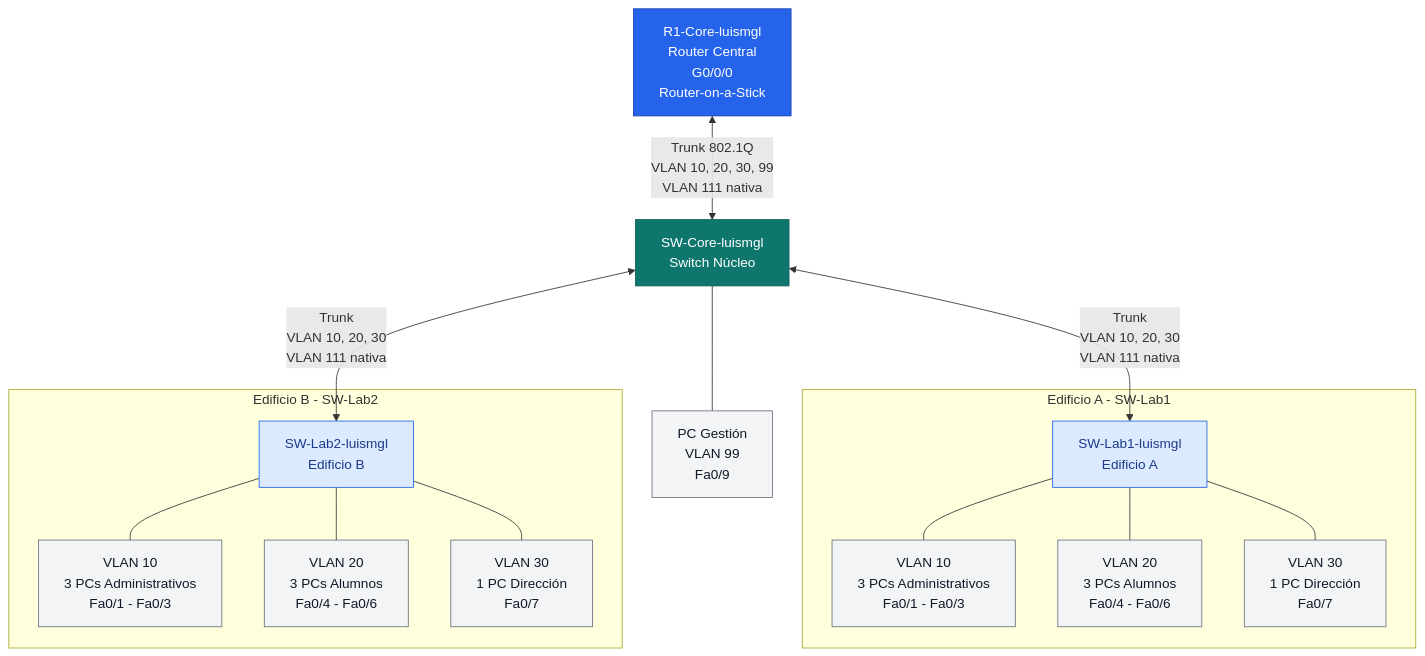
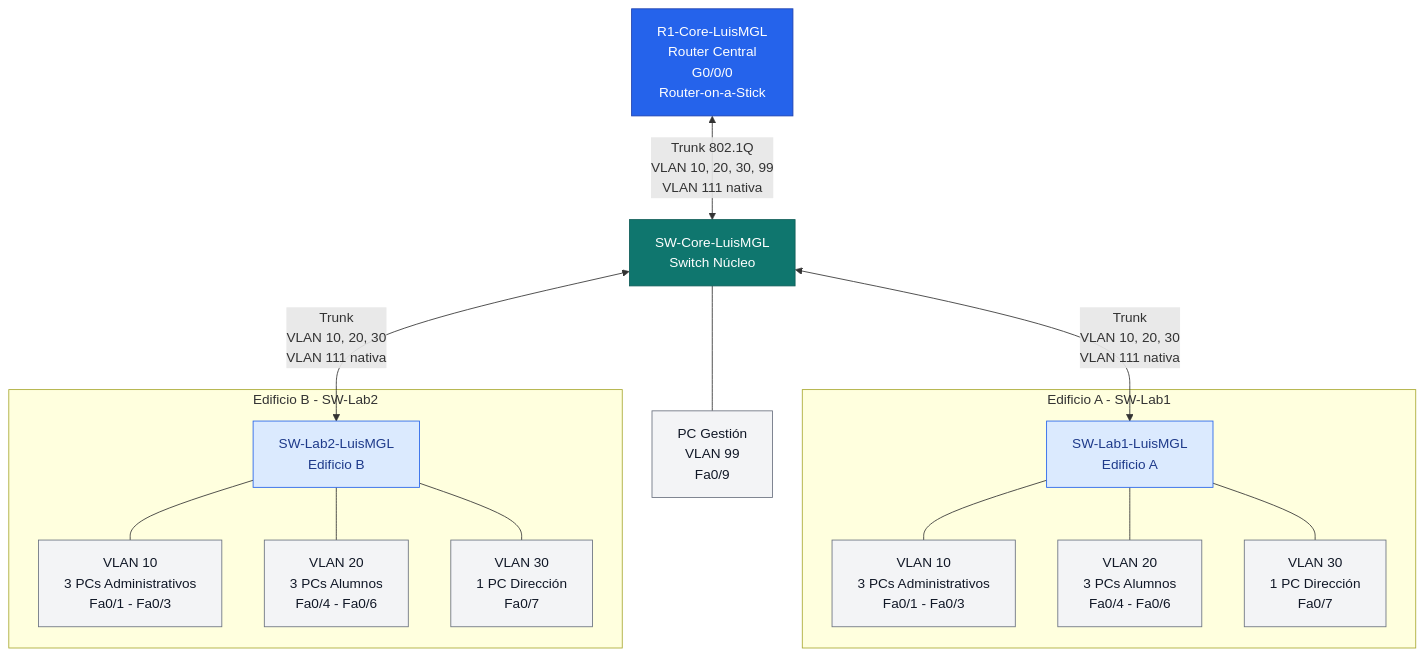
The diagram in readme.md (lgarcia2224-design/portafolio-ccna2), drawn with Mermaid before and after one commit. The commit also changed other lines of this file, not shown here.

````diff
--- a/readme.md
+++ b/readme.md
@@ -42,48 +42,48 @@
 ```mermaid
 flowchart TB
-    R1["R1-Core-luismgl<br/>Router Central<br/>G0/0/0<br/>Router-on-a-Stick"]
+    R1["R1-Core-LuisMGL<br/>Router Central<br/>G0/0/0<br/>Router-on-a-Stick"]
 
-    CORE["SW-Core-luismgl<br/>Switch Núcleo"]
+    CORE["SW-Core-LuisMGL<br/>Switch Núcleo"]
 
     PCG["PC Gestión<br/>VLAN 99<br/>Fa0/9"]
 
-    LAB1["SW-Lab1-luismgl<br/>Edificio A"]
-    LAB2["SW-Lab2-luismgl<br/>Edificio B"]
+    LAB1["SW-Lab1-LuisMGL<br/>Edificio A"]
+    LAB2["SW-Lab2-LuisMGL<br/>Edificio B"]
 
     R1 <-->|"Trunk 802.1Q<br/>VLAN 10, 20, 30, 99<br/>VLAN 111 nativa"| CORE
 
     CORE <-->|"Trunk<br/>VLAN 10, 20, 30<br/>VLAN 111 nativa"| LAB1
     CORE <-->|"Trunk<br/>VLAN 10, 20, 30<br/>VLAN 111 nativa"| LAB2
 
     CORE --- PCG
 
     subgraph A["Edificio A - SW-Lab1"]
         A10["VLAN 10<br/>3 PCs Administrativos<br/>Fa0/1 - Fa0/3"]
         A20["VLAN 20<br/>3 PCs Alumnos<br/>Fa0/4 - Fa0/6"]
         A30["VLAN 30<br/>1 PC Dirección<br/>Fa0/7"]
 
         LAB1 --- A10
         LAB1 --- A20
         LAB1 --- A30
     end
 
     subgraph B["Edificio B - SW-Lab2"]
         B10["VLAN 10<br/>3 PCs Administrativos<br/>Fa0/1 - Fa0/3"]
         B20["VLAN 20<br/>3 PCs Alumnos<br/>Fa0/4 - Fa0/6"]
         B30["VLAN 30<br/>1 PC Dirección<br/>Fa0/7"]
 
         LAB2 --- B10
         LAB2 --- B20
         LAB2 --- B30
     end
 
     classDef router fill:#2563eb,color:#ffffff,stroke:#1e40af
     classDef core fill:#0f766e,color:#ffffff,stroke:#115e59
     classDef access fill:#dbeafe,color:#1e3a8a,stroke:#2563eb
     classDef pc fill:#f3f4f6,color:#111827,stroke:#6b7280
 
     class R1 router
     class CORE core
     class LAB1,LAB2 access
     class PCG,A10,A20,A30,B10,B20,B30 pc
 ```
````
